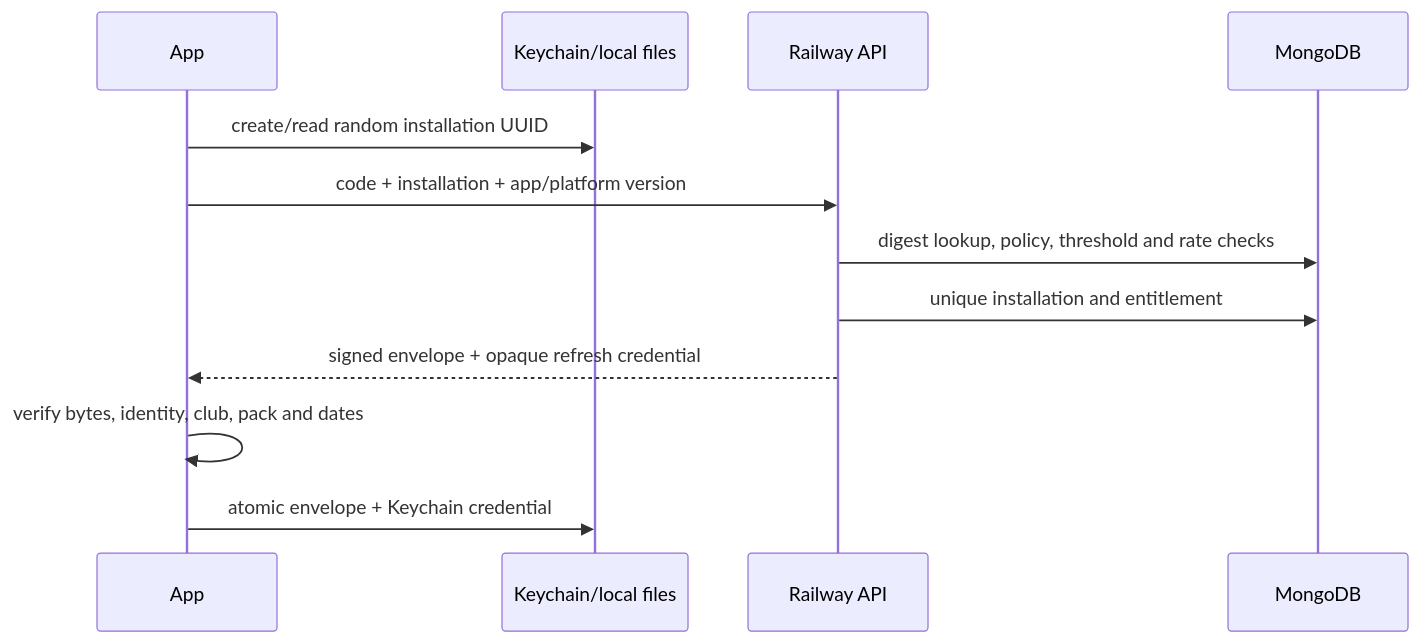
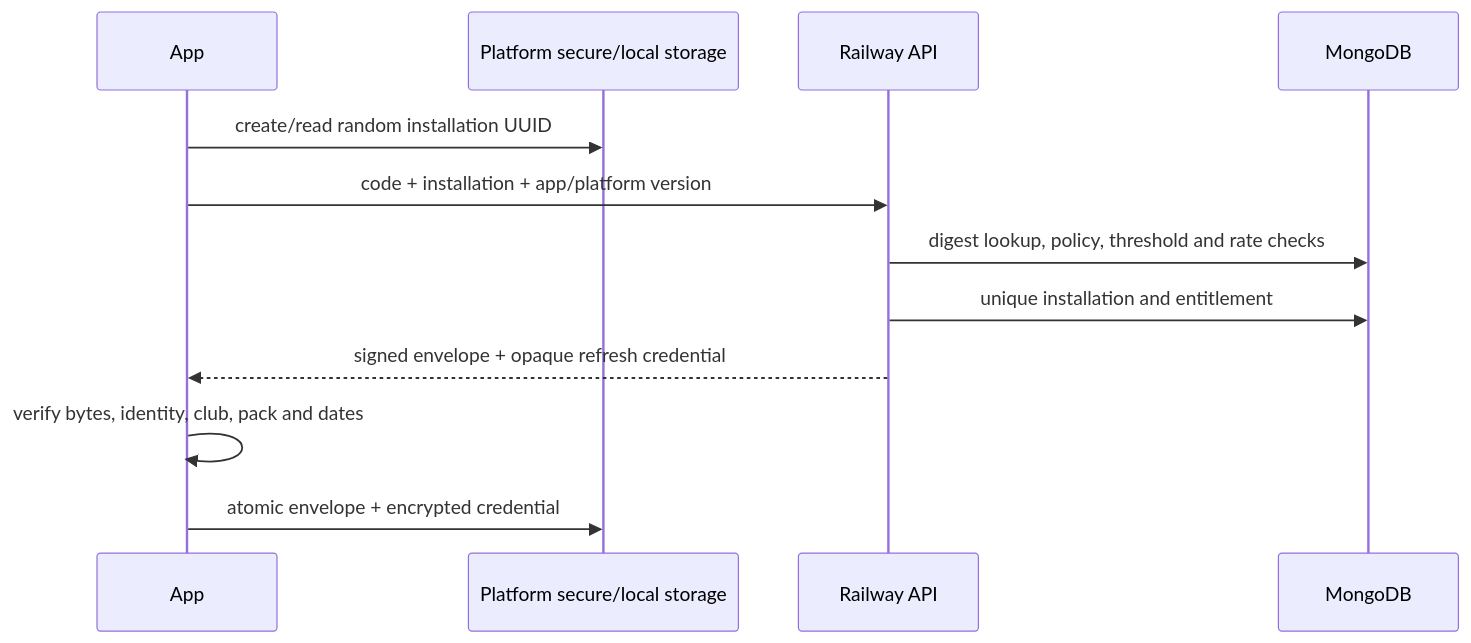
One commit to lukematthews/syc-courses changed the first of 2 diagrams in LICENSING_ARCHITECTURE.md. Above: the diagram before and after it, drawn with Mermaid. The commit also changed other lines of this file and 68 other files, not shown here.

````diff
--- a/LICENSING_ARCHITECTURE.md
+++ b/LICENSING_ARCHITECTURE.md
@@ -46,14 +47,14 @@
 ```mermaid
 sequenceDiagram
   participant A as App
-  participant L as Keychain/local files
+  participant L as Platform secure/local storage
   participant W as Railway API
   participant D as MongoDB
   A->>L: create/read random installation UUID
   A->>W: code + installation + app/platform version
   W->>D: digest lookup, policy, threshold and rate checks
   W->>D: unique installation and entitlement
   W-->>A: signed envelope + opaque refresh credential
   A->>A: verify bytes, identity, club, pack and dates
-  A->>L: atomic envelope + Keychain credential
+  A->>L: atomic envelope + encrypted credential
 ```
````
